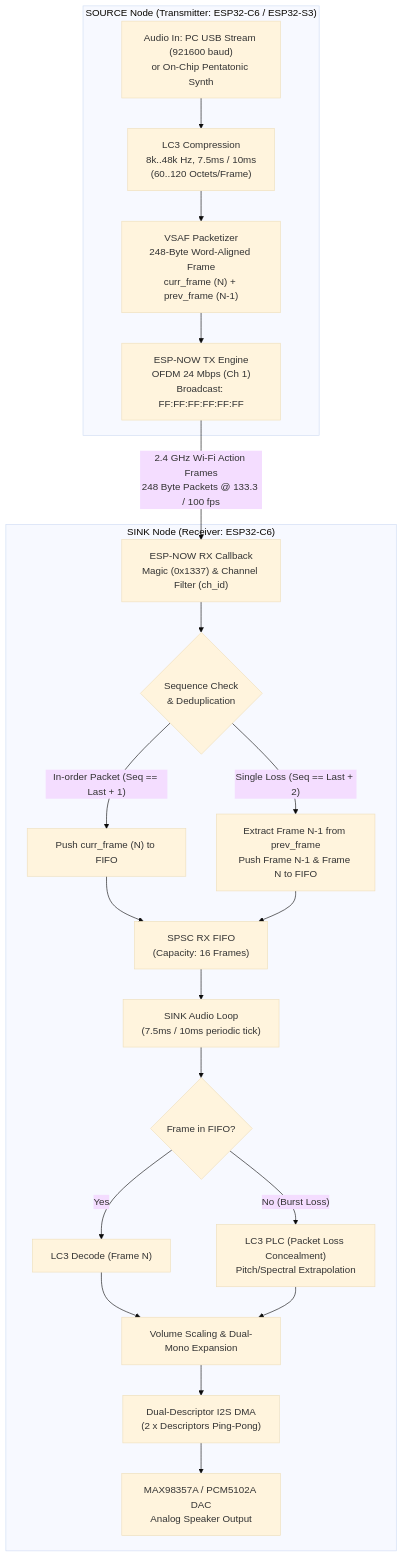
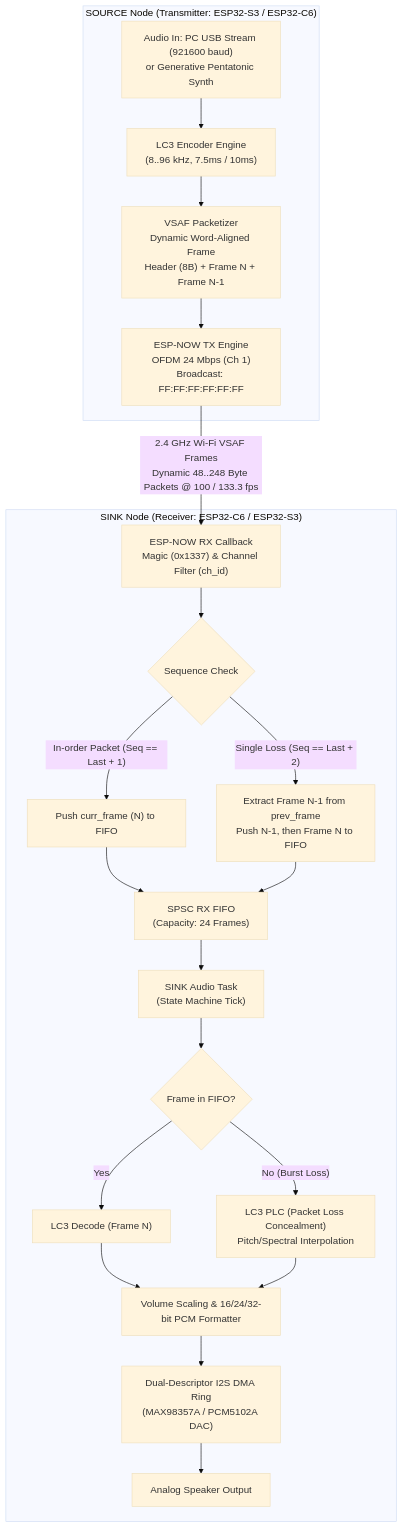
One commit to sskoog/ble_audio changed the first of 2 diagrams in apps/audioESP-NOW/ESP-NOW_protocol.md. Above: the diagram before and after it, drawn with Mermaid (base theme). The commit also changed other lines of this file and 3 other files, not shown here.

````diff
--- a/apps/audioESP-NOW/ESP-NOW_protocol.md
+++ b/apps/audioESP-NOW/ESP-NOW_protocol.md
@@ -18,26 +18,26 @@
 ```mermaid
 flowchart TD
-    subgraph SOURCE["SOURCE Node (Transmitter: ESP32-C6 / ESP32-S3)"]
-        A["Audio In: PC USB Stream (921600 baud)<br/>or On-Chip Pentatonic Synth"] --> B["LC3 Compression<br/>8k..48k Hz, 7.5ms / 10ms<br/>(60..120 Octets/Frame)"]
-        B --> C["VSAF Packetizer<br/>248-Byte Word-Aligned Frame<br/>curr_frame (N) + prev_frame (N-1)"]
+    subgraph SOURCE["SOURCE Node (Transmitter: ESP32-S3 / ESP32-C6)"]
+        A["Audio In: PC USB Stream (921600 baud)<br/>or Generative Pentatonic Synth"] --> B["LC3 Encoder Engine<br/>(8..96 kHz, 7.5ms / 10ms)"]
+        B --> C["VSAF Packetizer<br/>Dynamic Word-Aligned Frame<br/>Header (8B) + Frame N + Frame N-1"]
         C --> D["ESP-NOW TX Engine<br/>OFDM 24 Mbps (Ch 1)<br/>Broadcast: FF:FF:FF:FF:FF:FF"]
     end
 
-    D -- "2.4 GHz Wi-Fi Action Frames<br/>248 Byte Packets @ 133.3 / 100 fps" --> E
+    D -- "2.4 GHz Wi-Fi VSAF Frames<br/>Dynamic 48..248 Byte Packets @ 100 / 133.3 fps" --> E
 
-    subgraph SINK["SINK Node (Receiver: ESP32-C6)"]
-        E["ESP-NOW RX Callback<br/>Magic (0x1337) & Channel Filter (ch_id)"] --> F{"Sequence Check<br/>& Deduplication"}
+    subgraph SINK["SINK Node (Receiver: ESP32-C6 / ESP32-S3)"]
+        E["ESP-NOW RX Callback<br/>Magic (0x1337) & Channel Filter (ch_id)"] --> F{"Sequence Check"}
         F -- "In-order Packet (Seq == Last + 1)" --> G["Push curr_frame (N) to FIFO"]
-        F -- "Single Loss (Seq == Last + 2)" --> H["Extract Frame N-1 from prev_frame<br/>Push Frame N-1 & Frame N to FIFO"]
-        G --> I["SPSC RX FIFO<br/>(Capacity: 16 Frames)"]
+        F -- "Single Loss (Seq == Last + 2)" --> H["Extract Frame N-1 from prev_frame<br/>Push N-1, then Frame N to FIFO"]
+        G --> I["SPSC RX FIFO<br/>(Capacity: 24 Frames)"]
         H --> I
-        I --> J["SINK Audio Loop<br/>(7.5ms / 10ms periodic tick)"]
+        I --> J["SINK Audio Task<br/>(State Machine Tick)"]
         J --> K{"Frame in FIFO?"}
         K -- "Yes" --> L["LC3 Decode (Frame N)"]
-        K -- "No (Burst Loss)" --> M["LC3 PLC (Packet Loss Concealment)<br/>Pitch/Spectral Extrapolation"]
-        L --> N["Volume Scaling & Dual-Mono Expansion"]
+        K -- "No (Burst Loss)" --> M["LC3 PLC (Packet Loss Concealment)<br/>Pitch/Spectral Interpolation"]
+        L --> N["Volume Scaling & 16/24/32-bit PCM Formatter"]
         M --> N
-        N --> O["Dual-Descriptor I2S DMA<br/>(2 x Descriptors Ping-Pong)"]
-        O --> P["MAX98357A / PCM5102A DAC<br/>Analog Speaker Output"]
+        N --> O["Dual-Descriptor I2S DMA Ring<br/>(MAX98357A / PCM5102A DAC)"]
+        O --> P["Analog Speaker Output"]
     end
 ```
````
